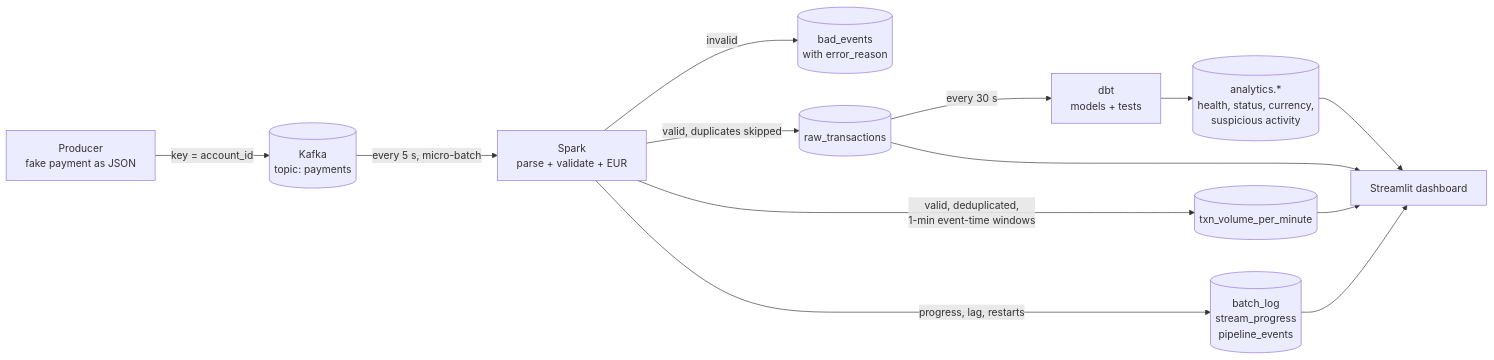
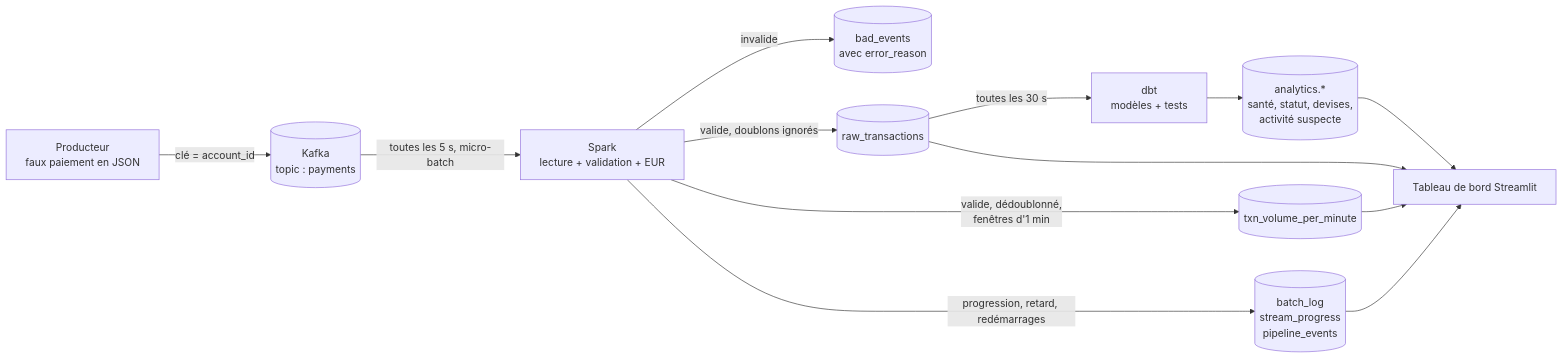
One commit to cheugs/Real-Time-Financial-Transaction-Data-Platform changed the diagram in README.md. Above: the diagram before and after it, drawn with Mermaid. The commit also changed other lines of this file and 8 other files, not shown here.

````diff
--- a/README.md
+++ b/README.md
@@ -97,15 +106,15 @@
 ```mermaid
 flowchart LR
-    P["Producer<br/>fake payment as JSON"] -->|"key = account_id"| K[("Kafka<br/>topic: payments")]
-    K -->|"every 5 s, micro-batch"| S["Spark<br/>parse + validate + EUR"]
-    S -->|"invalid"| BAD[("bad_events<br/>with error_reason")]
-    S -->|"valid, duplicates skipped"| RAW[("raw_transactions")]
-    S -->|"valid, deduplicated,<br/>1-min event-time windows"| WIN[("txn_volume_per_minute")]
-    S -->|"progress, lag, restarts"| MON[("batch_log<br/>stream_progress<br/>pipeline_events")]
-    RAW -->|"every 30 s"| DBT["dbt<br/>models + tests"]
-    DBT --> AN[("analytics.*<br/>health, status, currency,<br/>suspicious activity")]
-    RAW --> D["Streamlit dashboard"]
+    P["Producteur<br/>faux paiement en JSON"] -->|"clé = account_id"| K[("Kafka<br/>topic : payments")]
+    K -->|"toutes les 5 s, micro-batch"| S["Spark<br/>lecture + validation + EUR"]
+    S -->|"invalide"| BAD[("bad_events<br/>avec error_reason")]
+    S -->|"valide, doublons ignorés"| RAW[("raw_transactions")]
+    S -->|"valide, dédoublonné,<br/>fenêtres d'1 min"| WIN[("txn_volume_per_minute")]
+    S -->|"progression, retard, redémarrages"| MON[("batch_log<br/>stream_progress<br/>pipeline_events")]
+    RAW -->|"toutes les 30 s"| DBT["dbt<br/>modèles + tests"]
+    DBT --> AN[("analytics.*<br/>santé, statut, devises,<br/>activité suspecte")]
+    RAW --> D["Tableau de bord Streamlit"]
     WIN --> D
     MON --> D
     AN --> D
 ```
````
